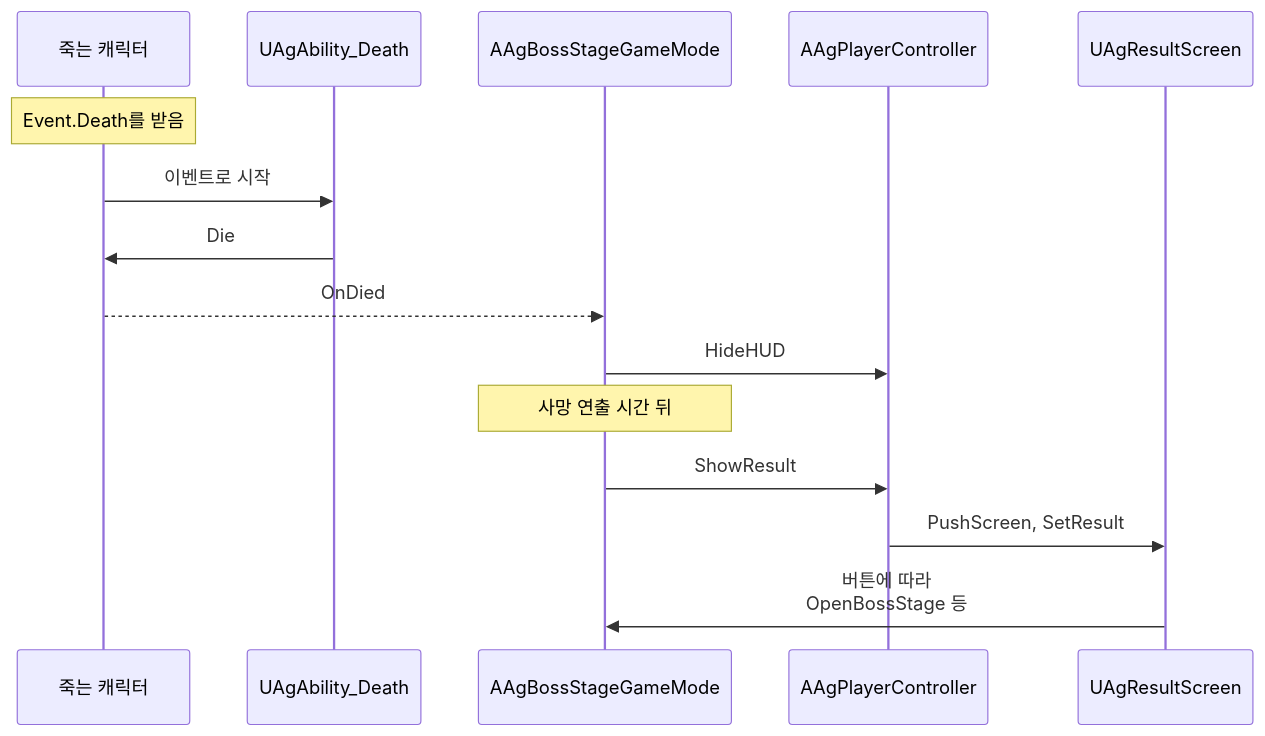
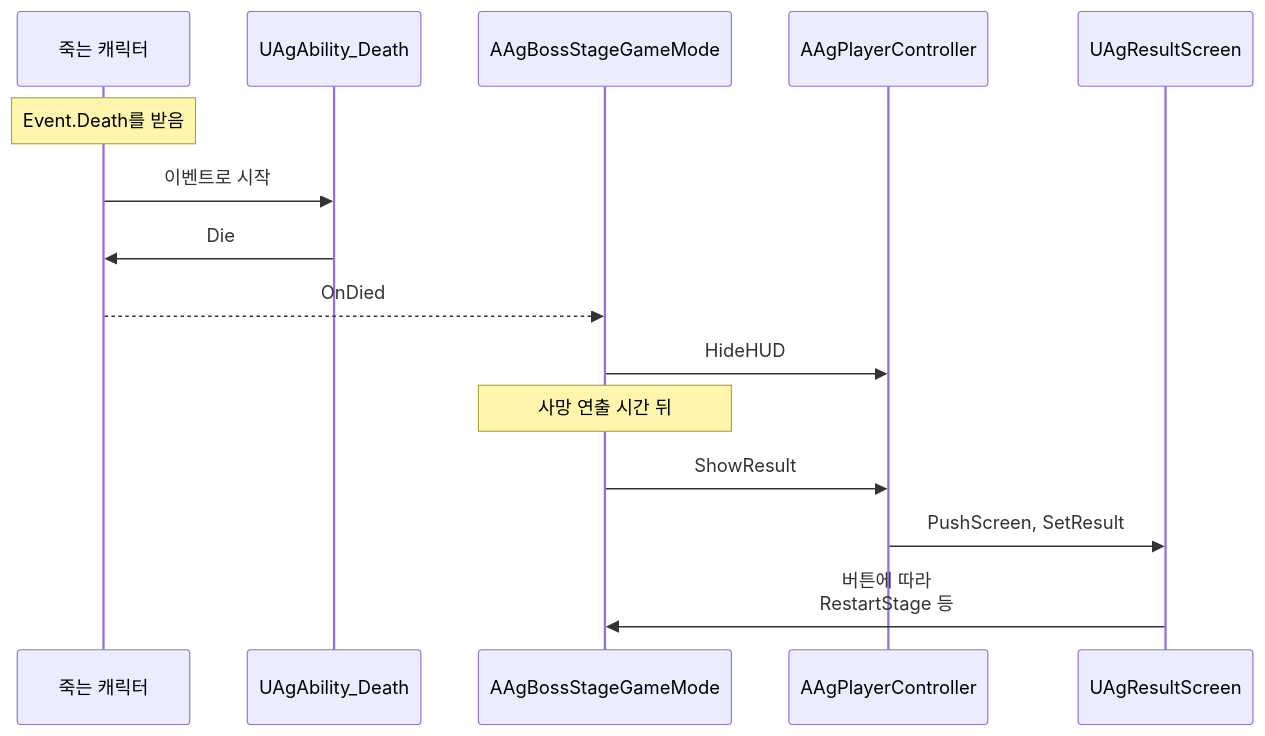
One commit to Woogl/Ag changed diagram 21 of 21 in Docs/Program/클래스 구조도.md. Above: the diagram before and after it, drawn with Mermaid. The commit also changed other lines of this file and 30 other files, not shown here.

````diff
--- a/Docs/Program/클래스 구조도.md
+++ b/Docs/Program/클래스 구조도.md
@@ -757,17 +752,17 @@
 ```mermaid
 sequenceDiagram
     participant C as 죽는 캐릭터
     participant D as UAgAbility_Death
     participant GM as AAgBossStageGameMode
     participant PC as AAgPlayerController
     participant R as UAgResultScreen
     Note over C: Event.Death를 받음
     C->>D: 이벤트로 시작
     D->>C: Die
     C-->>GM: OnDied
     GM->>PC: HideHUD
     Note over GM: 사망 연출 시간 뒤
     GM->>PC: ShowResult
     PC->>R: PushScreen, SetResult
-    R->>GM: 버튼에 따라<br>OpenBossStage 등
+    R->>GM: 버튼에 따라<br>RestartStage 등
 ```
````
